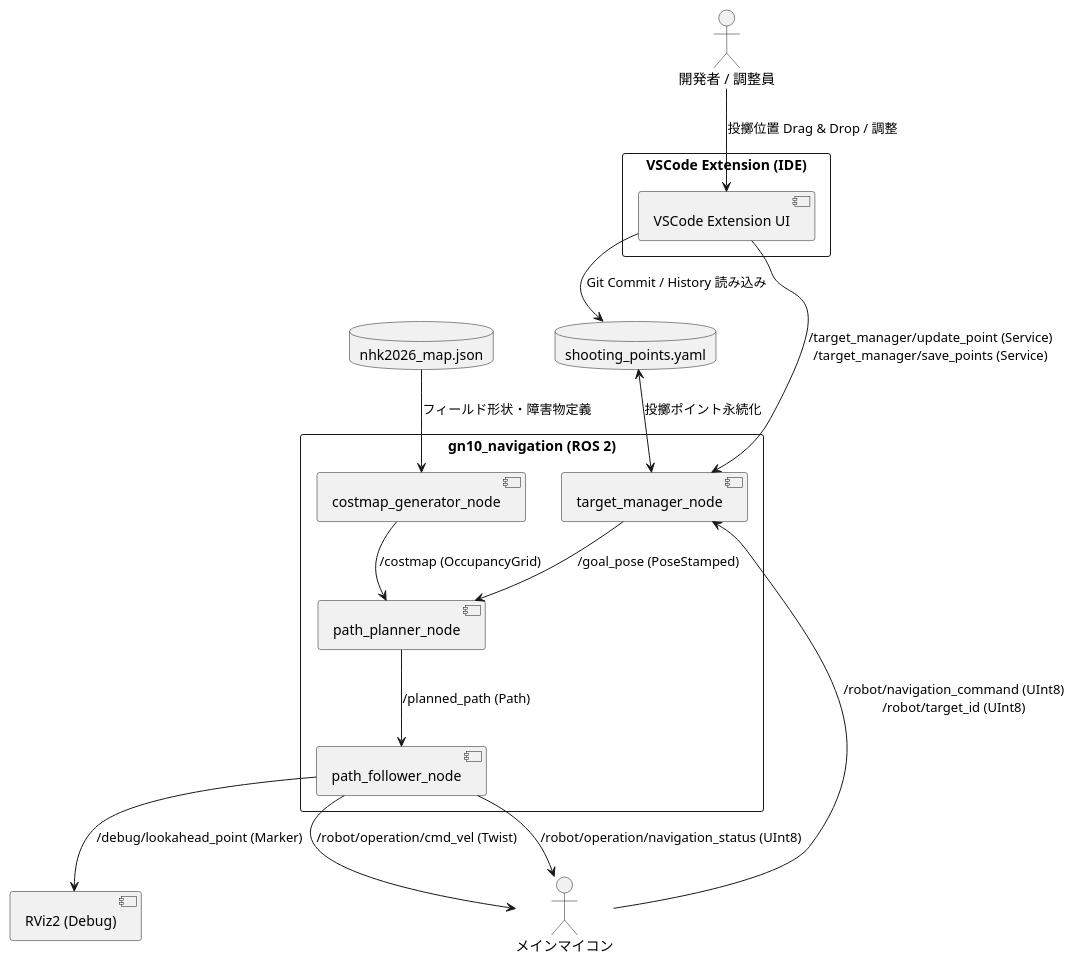
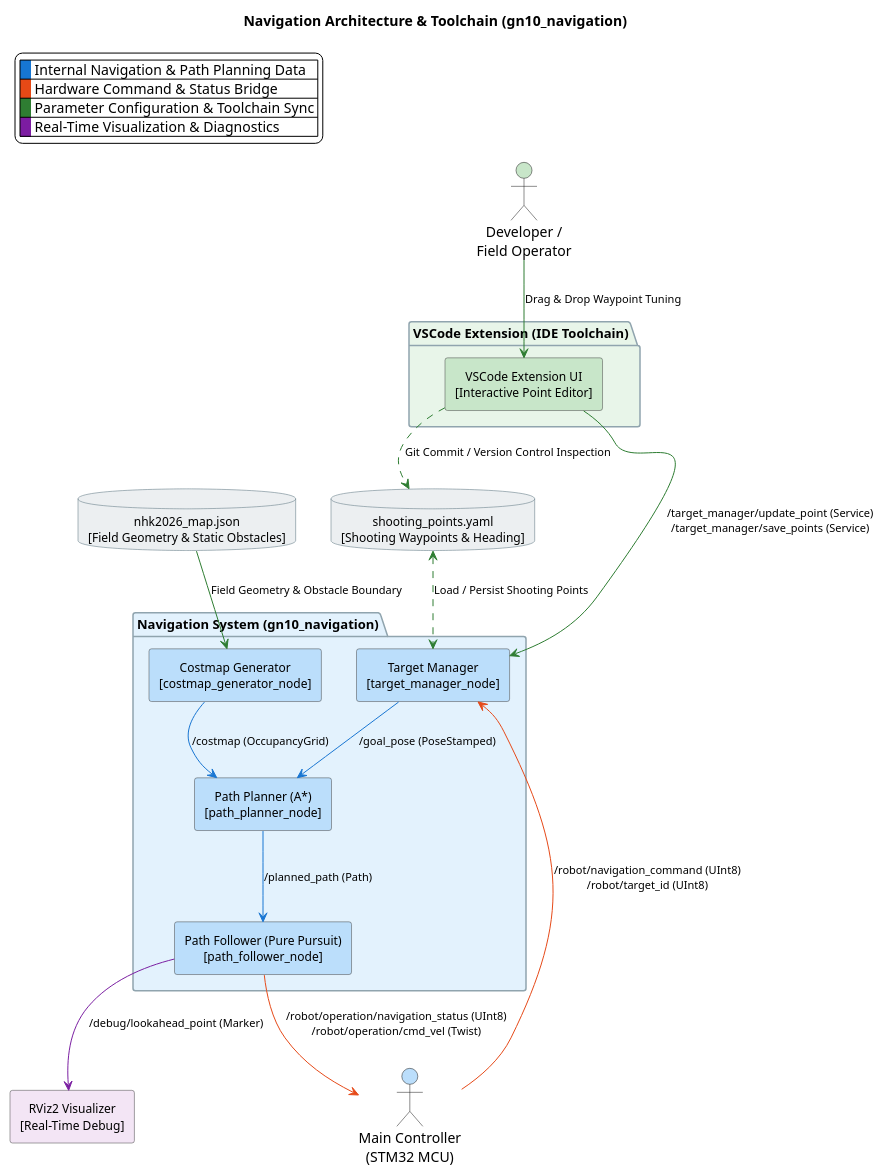
One commit to tmcit-ararobo-2026a/system-design changed the diagram in automation/navigation_node.pu. Above: the diagram before and after it, drawn with PlantUML. The commit also changed 19 other files, not shown here.

```diff
--- a/automation/navigation_node.pu
+++ b/automation/navigation_node.pu
@@ -1,40 +1,81 @@
-@startuml
-skinparam componentStyle uml2
-skinparam packageStyle rectangle
+@startuml navigation node diagram
 
-actor "メインマイコン" as MCU
-actor "開発者 / 調整員" as Developer
+title Navigation Architecture & Toolchain (gn10_navigation)
 
-package "VSCode Extension (IDE)" {
-  [VSCode Extension UI] as ExtensionUI
+skinparam componentStyle rectangle
+skinparam backgroundColor #FFFFFF
+skinparam defaultTextAlignment center
+skinparam shadowing false
+scale max 4000*2500
+
+skinparam component {
+  BackgroundColor #F8F9FA
+  BorderColor #444444
+  FontSize 12
 }
 
-package "gn10_navigation (ROS 2)" {
-  [target_manager_node] as TargetManager
-  [costmap_generator_node] as CostmapGen
-  [path_planner_node] as Planner
-  [path_follower_node] as Follower
+skinparam package {
+  BackgroundColor #FAFAFA
+  BorderColor #90A4AE
+  FontSize 13
+  FontStyle bold
 }
 
-database "nhk2026_map.json" as MapJson
-database "shooting_points.yaml" as PointsYaml
+skinparam database {
+  BackgroundColor #ECEFF1
+  BorderColor #546E7A
+  FontSize 12
+}
 
-' データの流れ
-MapJson --> CostmapGen : フィールド形状・障害物定義
-PointsYaml <--> TargetManager : 投擲ポイント永続化
+skinparam ArrowFontSize 11
 
-MCU --> TargetManager : /robot/navigation_command (UInt8)\n/robot/target_id (UInt8)
-TargetManager --> Planner : /goal_pose (PoseStamped)
-CostmapGen --> Planner : /costmap (OccupancyGrid)
+legend top left
+  |<back:#1976D2>   </back> Internal Navigation & Path Planning Data |
+  |<back:#E64A19>   </back> Hardware Command & Status Bridge |
+  |<back:#2E7D32>   </back> Parameter Configuration & Toolchain Sync |
+  |<back:#7B1FA2>   </back> Real-Time Visualization & Diagnostics |
+endlegend
 
-Planner --> Follower : /planned_path (Path)
-Follower --> MCU : /robot/operation/navigation_status (UInt8)
-Follower --> MCU : /robot/operation/cmd_vel (Twist)
+' --- External Actors ---
+actor "Main Controller\n(STM32 MCU)" as MCU #BBDEFB
+actor "Developer /\nField Operator" as Developer #C8E6C9
 
-' VSCode Extension との連携
-Developer --> ExtensionUI : 投擲位置 Drag & Drop / 調整
-ExtensionUI --> TargetManager : /target_manager/update_point (Service)\n/target_manager/save_points (Service)
-ExtensionUI --> PointsYaml : Git Commit / History 読み込み
-Follower --> [RViz2 (Debug)] : /debug/lookahead_point (Marker)
+' --- Workstation Toolchain ---
+package "VSCode Extension (IDE Toolchain)" #E8F5E9 {
+  component "VSCode Extension UI\n[Interactive Point Editor]" as ExtensionUI #C8E6C9
+}
+
+' --- Navigation System ---
+package "Navigation System (gn10_navigation)" #E3F2FD {
+  component "Target Manager\n[target_manager_node]" as TargetManager #BBDEFB
+  component "Costmap Generator\n[costmap_generator_node]" as CostmapGen #BBDEFB
+  component "Path Planner (A*)\n[path_planner_node]" as Planner #BBDEFB
+  component "Path Follower (Pure Pursuit)\n[path_follower_node]" as Follower #BBDEFB
+}
+
+' --- Storage & Configurations ---
+database "nhk2026_map.json\n[Field Geometry & Static Obstacles]" as MapJson
+database "shooting_points.yaml\n[Shooting Waypoints & Heading]" as PointsYaml
+
+' --- Visualization ---
+component "RViz2 Visualizer\n[Real-Time Debug]" as RViz #F3E5F5
+
+' --- Configuration Data Flow ---
+MapJson -[#2E7D32]-> CostmapGen : Field Geometry & Obstacle Boundary
+PointsYaml <.[#2E7D32].> TargetManager : Load / Persist Shooting Points
+
+' --- Inter-Process & Hardware Data Flow ---
+MCU -[#E64A19]-> TargetManager : /robot/navigation_command (UInt8)\n/robot/target_id (UInt8)
+TargetManager -[#1976D2]-> Planner : /goal_pose (PoseStamped)
+CostmapGen -[#1976D2]-> Planner : /costmap (OccupancyGrid)
+
+Planner -[#1976D2]-> Follower : /planned_path (Path)
+Follower -[#E64A19]-> MCU : /robot/operation/navigation_status (UInt8)\n/robot/operation/cmd_vel (Twist)
+
+' --- Toolchain Integration ---
+Developer -[#2E7D32]-> ExtensionUI : Drag & Drop Waypoint Tuning
+ExtensionUI -[#2E7D32]-> TargetManager : /target_manager/update_point (Service)\n/target_manager/save_points (Service)
+ExtensionUI .[#2E7D32].> PointsYaml : Git Commit / Version Control Inspection
+Follower -[#7B1FA2]-> RViz : /debug/lookahead_point (Marker)
 
 @enduml
```
